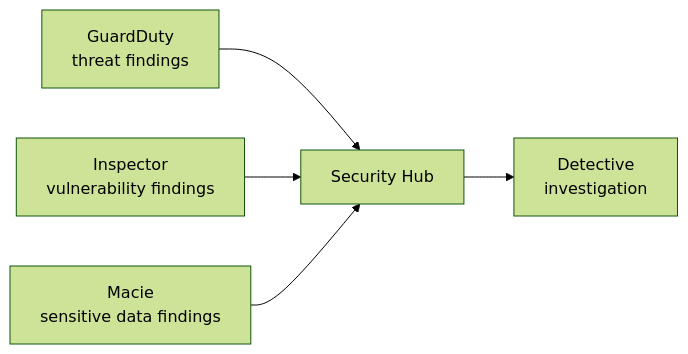
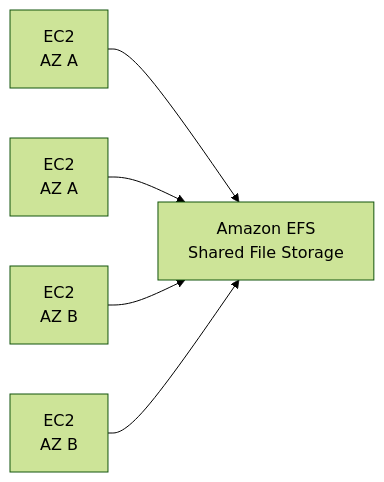
One commit to noir1458/noir1458.github.io changed the ninth of 33 diagrams in content/posts/02.Security/aws/aws-ccp-2/index.md. Above: the diagram before and after it, drawn with Mermaid (forest theme). The commit also changed other lines of this file and 5 other files, not shown here.

````diff
--- a/content/posts/02.Security/aws/aws-ccp-2/index.md
+++ b/content/posts/02.Security/aws/aws-ccp-2/index.md
@@ -212,7 +663,7 @@
 ```mermaid
 flowchart LR
-    G[GuardDuty<br/>threat findings] --> H[Security Hub]
-    I[Inspector<br/>vulnerability findings] --> H
-    M[Macie<br/>sensitive data findings] --> H
-    H --> D[Detective<br/>investigation]
+    E1[EC2<br/>AZ A] --> EFS[Amazon EFS<br/>Shared File Storage]
+    E2[EC2<br/>AZ A] --> EFS
+    E3[EC2<br/>AZ B] --> EFS
+    E4[EC2<br/>AZ B] --> EFS
 ```
````
